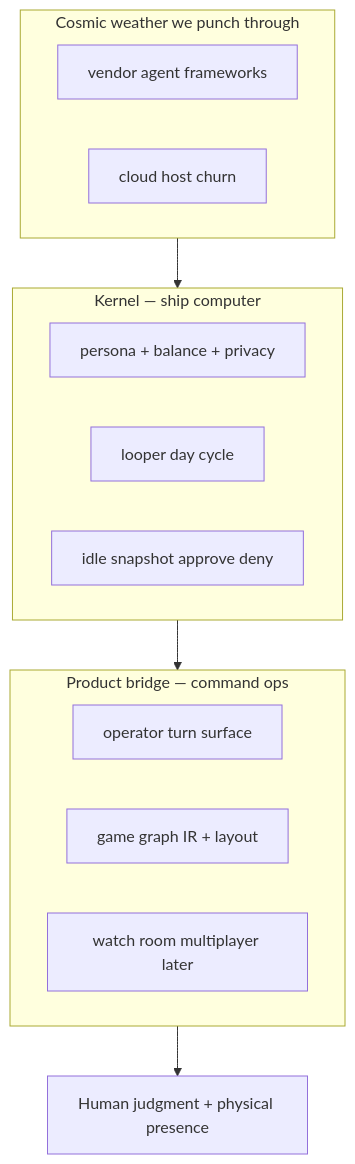
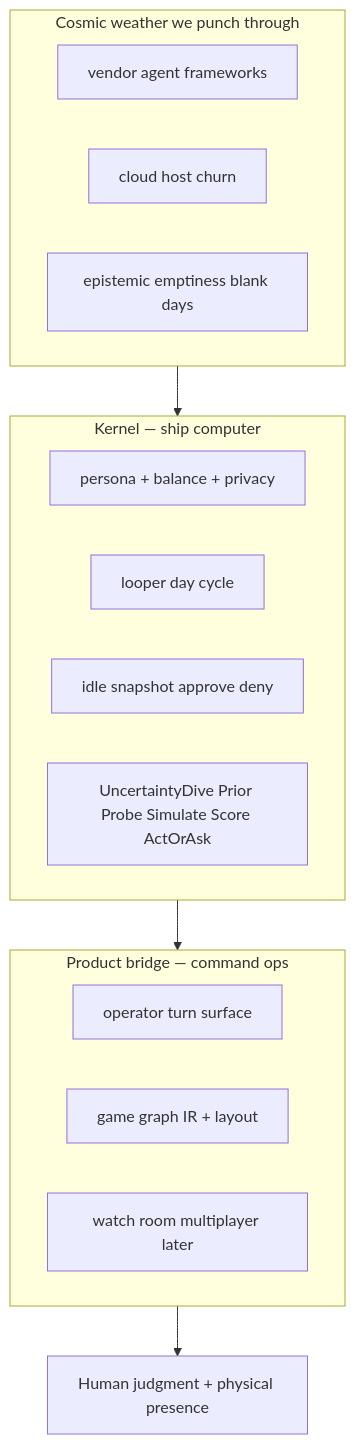
Before and after one commit to thecuriousts/ensembly: the first of 16 diagrams in docs/arch-design/coming-next.md, drawn with Mermaid. The commit also changed other lines of this file and 5 other files, not shown here.

````diff
--- a/docs/arch-design/coming-next.md
+++ b/docs/arch-design/coming-next.md
@@ -22,20 +23,22 @@
 ```mermaid
 flowchart TB
   subgraph kernelY["Kernel — ship computer"]
     K1[persona + balance + privacy]
     K2[looper day cycle]
     K3[idle snapshot approve deny]
+    K4[UncertaintyDive Prior Probe Simulate Score ActOrAsk]
   end
   subgraph bridgeY["Product bridge — command ops"]
     B1[operator turn surface]
     B2[game graph IR + layout]
     B3[watch room multiplayer later]
   end
   subgraph weather["Cosmic weather we punch through"]
     W1[vendor agent frameworks]
     W2[cloud host churn]
+    W3[epistemic emptiness blank days]
   end
   weather --> kernelY
   kernelY --> bridgeY
   bridgeY --> OUT[Human judgment + physical presence]
 ```
````
